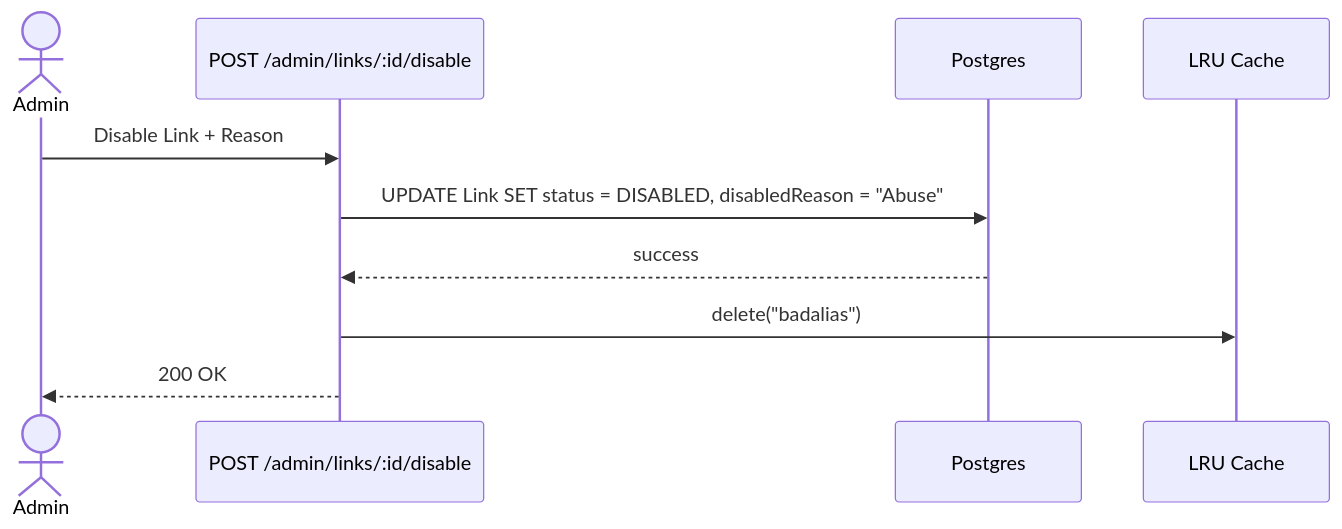
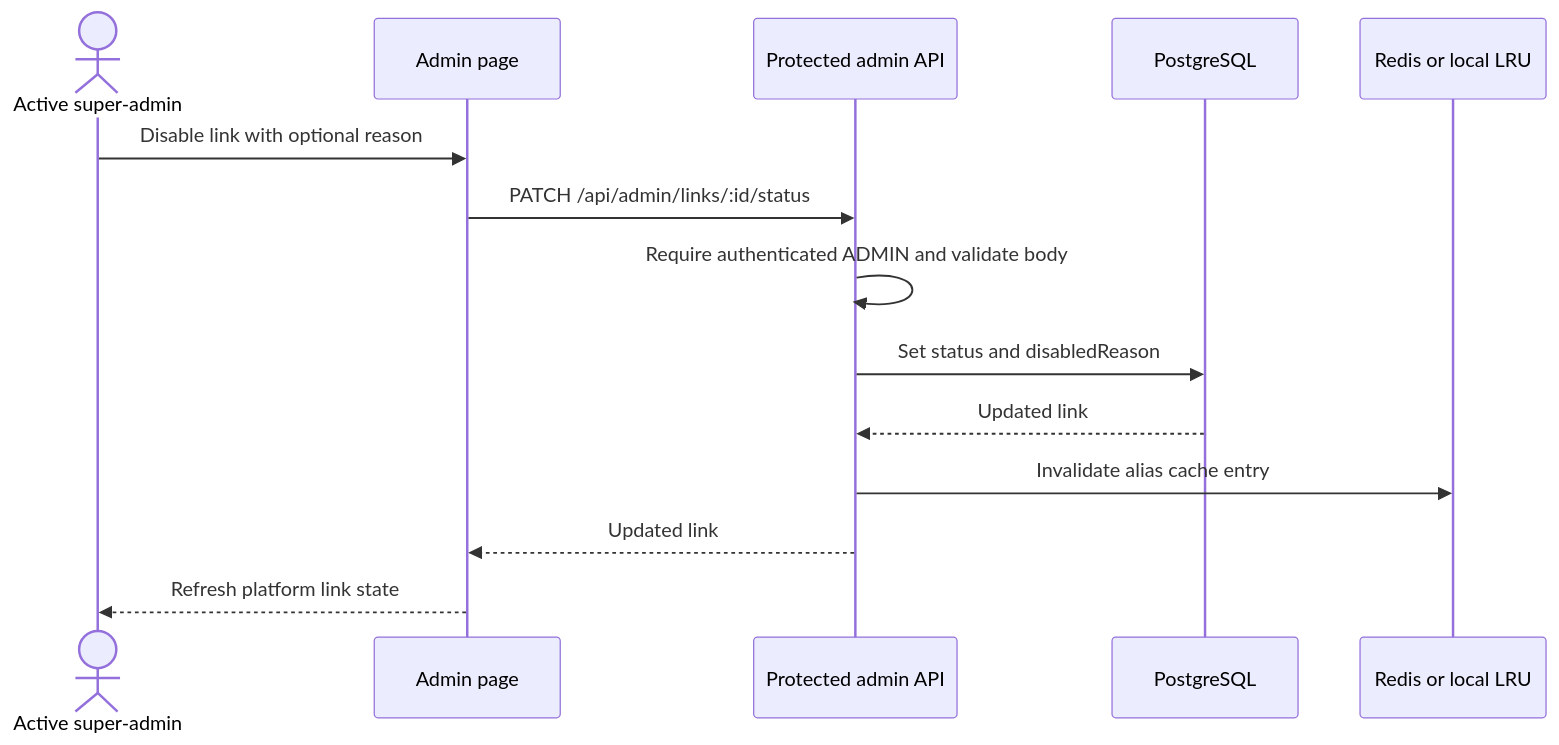
The fourth of 5 diagrams in docs/design/04-sequence-diagrams.md (priyanshubishtme/pulse), drawn with Mermaid before and after one commit. The commit also changed other lines of this file and 51 other files, not shown here.

Commit message:
feat: complete admin controls and redirect safeguards; refresh docs

````diff
--- a/docs/design/04-sequence-diagrams.md
+++ b/docs/design/04-sequence-diagrams.md
@@ -101,13 +104,16 @@
 ```mermaid
 sequenceDiagram
-    actor Admin
-    participant API as POST /admin/links/:id/disable
-    participant DB as Postgres
-    participant Cache as LRU Cache
-
-    Admin->>API: Disable Link + Reason
-    API->>DB: UPDATE Link SET status = DISABLED, disabledReason = "Abuse"
-    DB-->>API: success
-    API->>Cache: delete("badalias")
-    API-->>Admin: 200 OK
+    actor Admin as Active super-admin
+    participant Web as Admin page
+    participant API as Protected admin API
+    participant DB as PostgreSQL
+    participant Cache as Redis or local LRU
+    Admin->>Web: Disable link with optional reason
+    Web->>API: PATCH /api/admin/links/:id/status
+    API->>API: Require authenticated ADMIN and validate body
+    API->>DB: Set status and disabledReason
+    DB-->>API: Updated link
+    API->>Cache: Invalidate alias cache entry
+    API-->>Web: Updated link
+    Web-->>Admin: Refresh platform link state
 ```
````
